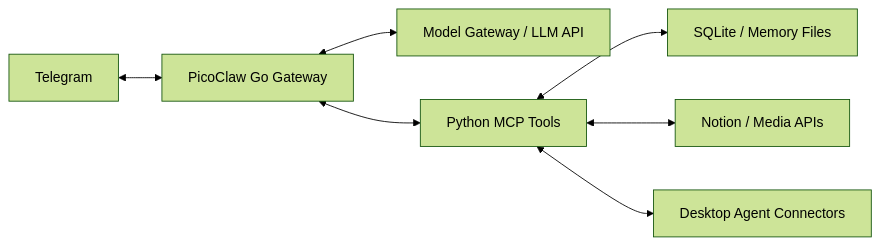
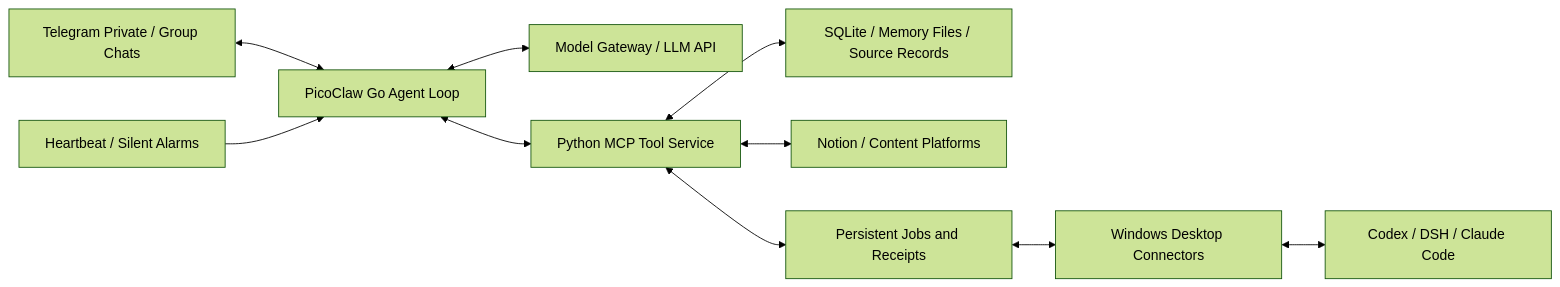
Before and after one commit to laofeng-a/fatfish: the diagram in README.en.md, drawn with Mermaid (forest theme). The commit also changed other lines of this file and 1 other file, not shown here.

Commit message:
Document Fatfish architecture and key engineering designs

````diff
--- a/README.en.md
+++ b/README.en.md
@@ -24,9 +11,12 @@
 ```mermaid
 flowchart LR
-    Telegram[Telegram] <--> Gateway[PicoClaw Go Gateway]
+    Telegram[Telegram Private / Group Chats] <--> Gateway[PicoClaw Go Agent Loop]
     Gateway <--> Model[Model Gateway / LLM API]
-    Gateway <--> MCP[Python MCP Tools]
-    MCP <--> Data[SQLite / Memory Files]
-    MCP <--> External[Notion / Media APIs]
-    MCP <--> Bridge[Desktop Agent Connectors]
+    Gateway <--> MCP[Python MCP Tool Service]
+    MCP <--> Data[SQLite / Memory Files / Source Records]
+    MCP <--> External[Notion / Content Platforms]
+    MCP <--> Jobs[Persistent Jobs and Receipts]
+    Jobs <--> Bridge[Windows Desktop Connectors]
+    Bridge <--> Agents[Codex / DSH / Claude Code]
+    Timer[Heartbeat / Silent Alarms] --> Gateway
 ```
````
